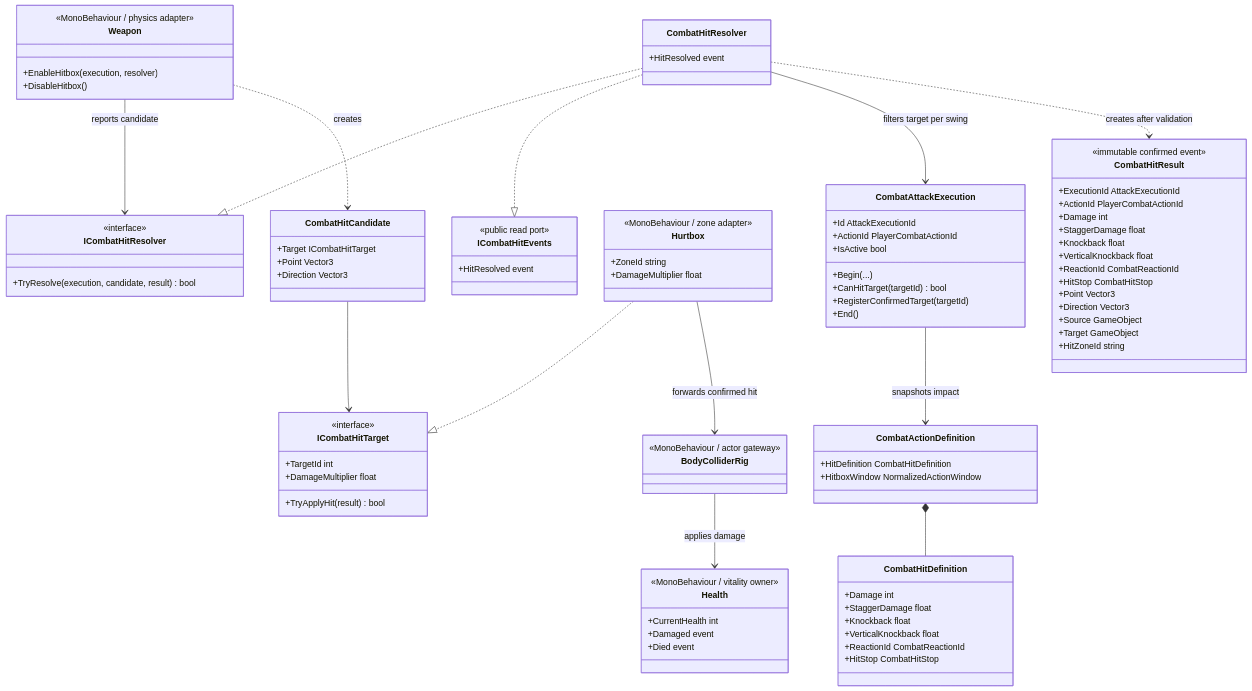
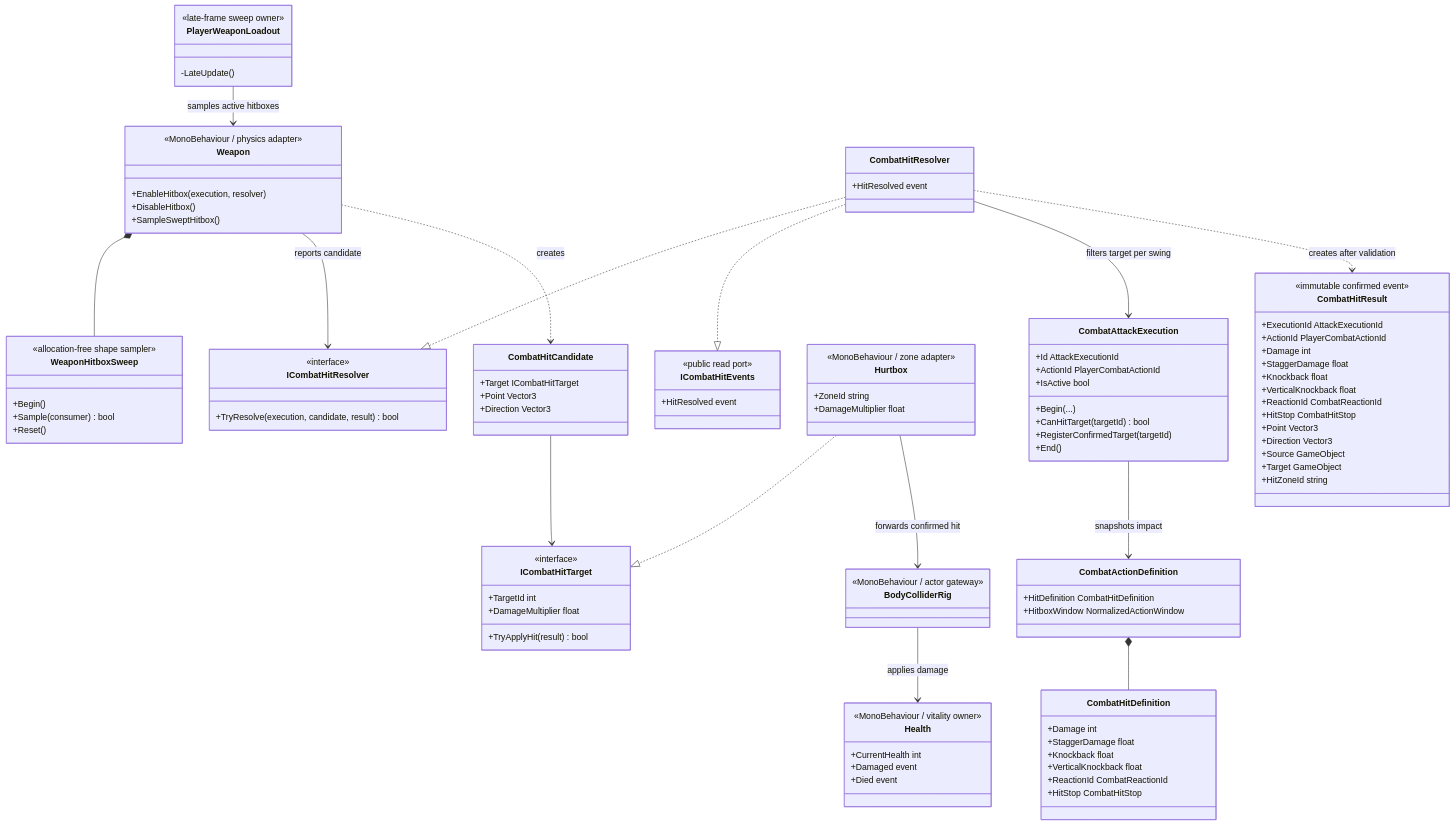
The first of 2 diagrams in Docs/Architecture/Combat.HitResolution.md (MaximFonariuc/project-s), drawn with Mermaid before and after one commit. The commit also changed other lines of this file and 9 other files, not shown here.

Commit message:
feat(combat): add swept weapon hitboxes

```diff
--- a/Docs/Architecture/Combat.HitResolution.md
+++ b/Docs/Architecture/Combat.HitResolution.md
@@ -42,6 +42,17 @@
         <<MonoBehaviour / physics adapter>>
         +EnableHitbox(execution, resolver)
         +DisableHitbox()
+        +SampleSweptHitbox()
+    }
+    class WeaponHitboxSweep {
+        <<allocation-free shape sampler>>
+        +Begin()
+        +Sample(consumer) bool
+        +Reset()
+    }
+    class PlayerWeaponLoadout {
+        <<late-frame sweep owner>>
+        -LateUpdate()
     }
     class ICombatHitResolver {
         <<interface>>
@@ -98,6 +109,8 @@
 
     CombatActionDefinition *-- CombatHitDefinition
     CombatAttackExecution --> CombatActionDefinition : snapshots impact
+    PlayerWeaponLoadout --> Weapon : samples active hitboxes
+    Weapon *-- WeaponHitboxSweep
     Weapon --> ICombatHitResolver : reports candidate
     Weapon ..> CombatHitCandidate : creates
     CombatHitCandidate --> ICombatHitTarget
```
